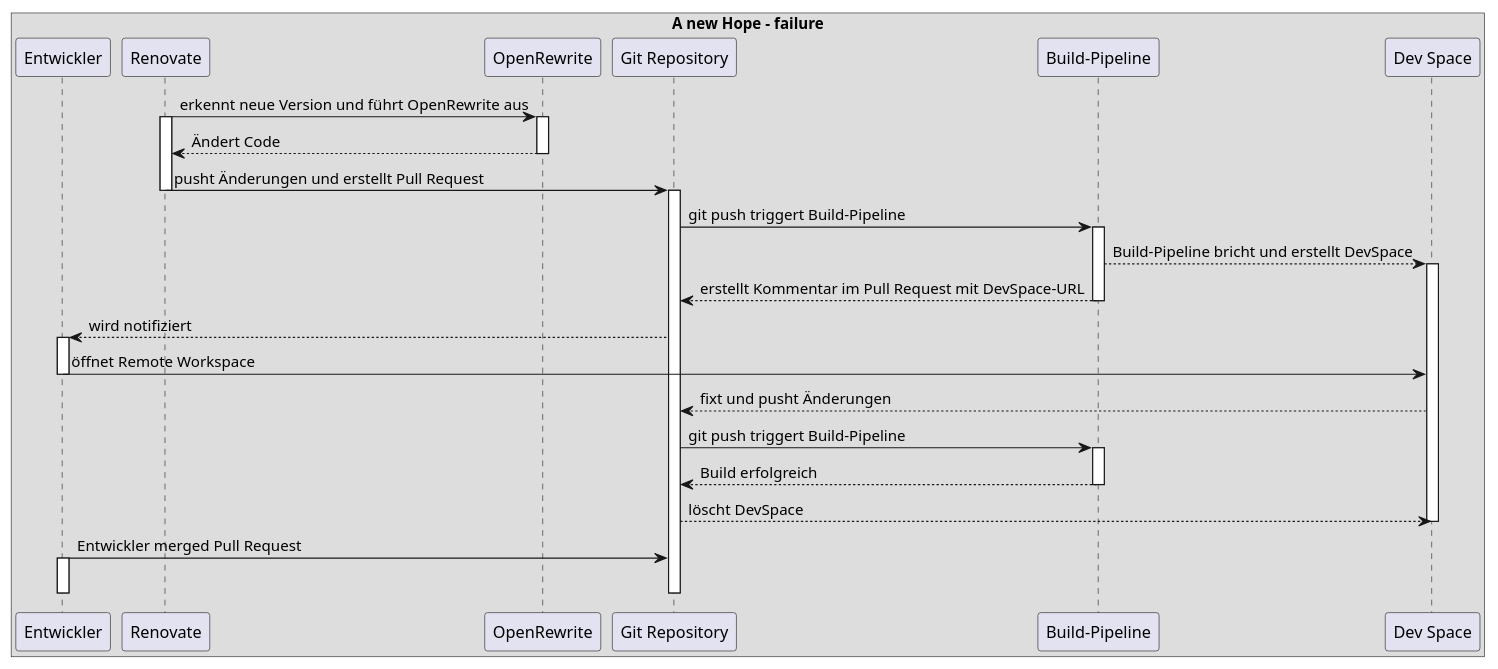
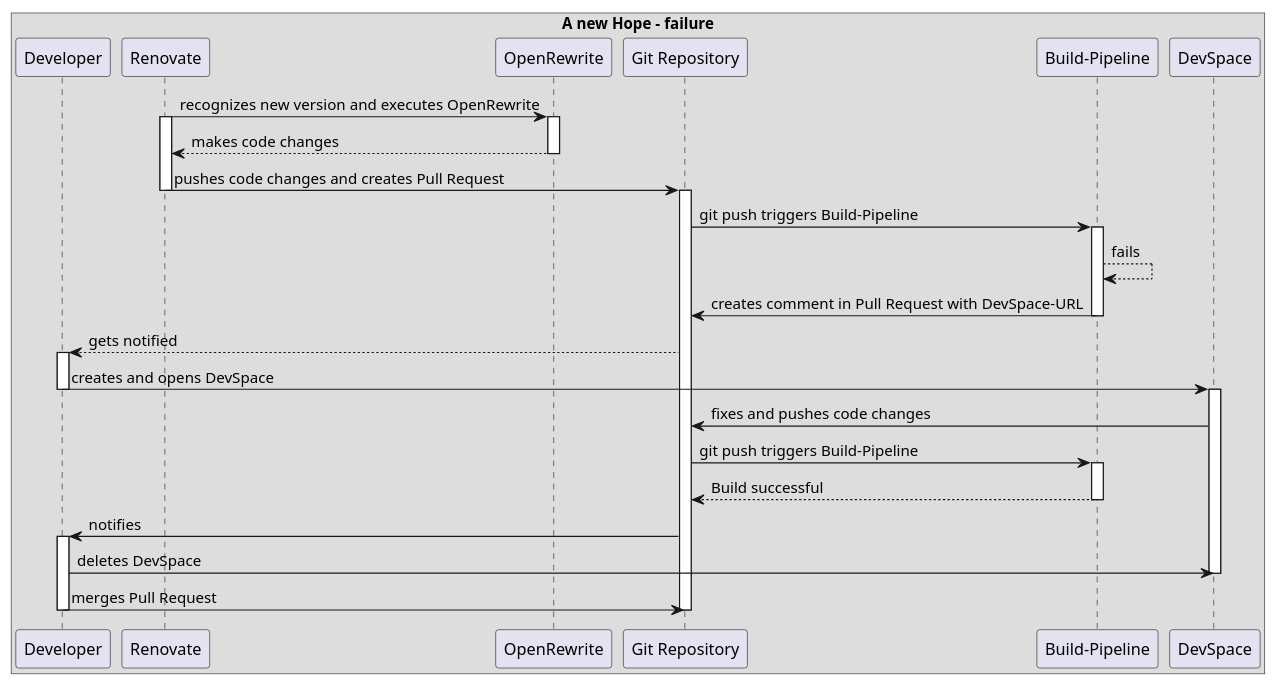
One commit to gattma/renovate changed the diagram in diagrams/failure-sequence.puml. Above: the diagram before and after it, drawn with PlantUML. The commit also changed 1 other file, not shown here.

Commit message:
englishify sequence diagrams and depict new flow

```diff
--- a/diagrams/failure-sequence.puml
+++ b/diagrams/failure-sequence.puml
@@ -1,46 +1,51 @@
 @startuml
 box A new Hope - failure
-participant Entwickler
+participant Developer
 
 participant Renovate
 
-Renovate -> OpenRewrite : erkennt neue Version und führt OpenRewrite aus
+Renovate -> OpenRewrite : recognizes new version and executes OpenRewrite
 activate Renovate
 activate OpenRewrite
 
-OpenRewrite --> Renovate : Ändert Code
+OpenRewrite --> Renovate : makes code changes
 deactivate OpenRewrite
 
-Renovate -> "Git Repository" : pusht Änderungen und erstellt Pull Request
+Renovate -> "Git Repository" : pushes code changes and creates Pull Request
 deactivate Renovate
 activate "Git Repository"
 
-"Git Repository" -> "Build-Pipeline" : git push triggert Build-Pipeline
+"Git Repository" -> "Build-Pipeline" : git push triggers Build-Pipeline
 activate "Build-Pipeline"
-"Build-Pipeline" --> "Dev Space" : Build-Pipeline bricht und erstellt DevSpace
-activate "Dev Space"
-"Build-Pipeline" --> "Git Repository" : erstellt Kommentar im Pull Request mit DevSpace-URL
+"Build-Pipeline" --> "Build-Pipeline" : fails
+"Build-Pipeline" -> "Git Repository" : creates comment in Pull Request with DevSpace-URL
 deactivate "Build-Pipeline"
 
-"Git Repository" --> Entwickler : wird notifiziert
-activate Entwickler
-Entwickler -> "Dev Space" : öffnet Remote Workspace
-deactivate Entwickler
+"Git Repository" --> Developer : gets notified
+activate Developer
+Developer -> DevSpace : creates and opens DevSpace
+deactivate Developer
+activate DevSpace
 
-"Dev Space" --> "Git Repository" : fixt und pusht Änderungen
+DevSpace -> "Git Repository" : fixes and pushes code changes
 
-"Git Repository" -> "Build-Pipeline" : git push triggert Build-Pipeline
+"Git Repository" -> "Build-Pipeline" : git push triggers Build-Pipeline
 activate "Build-Pipeline"
-"Build-Pipeline" --> "Git Repository" : Build erfolgreich
+"Build-Pipeline" --> "Git Repository" : Build successful
 deactivate "Build-Pipeline"
-"Git Repository" --> "Dev Space" : löscht DevSpace
-deactivate "Dev Space"
 
-Entwickler -> "Git Repository" : Entwickler merged Pull Request
-activate Entwickler
-deactivate Entwickler
+"Git Repository" -> Developer : notifies
+activate Developer
+
+Developer -> DevSpace : deletes DevSpace
+deactivate DevSpace
+
+
+
+Developer -> "Git Repository" : merges Pull Request
+deactivate Developer
 
 deactivate "Git Repository"
 
 end box
 @enduml
```
